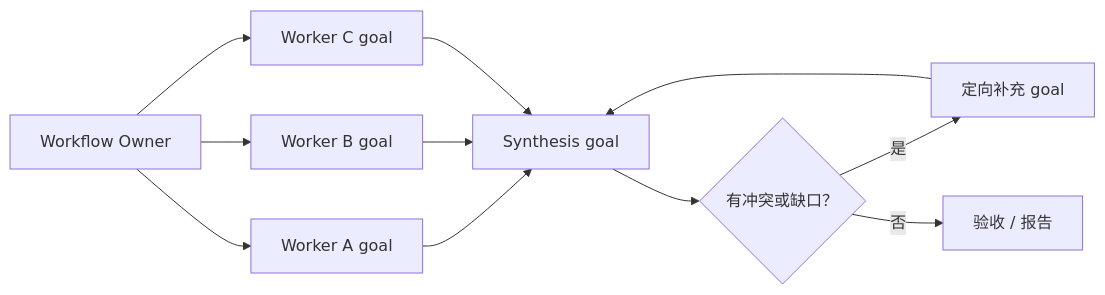
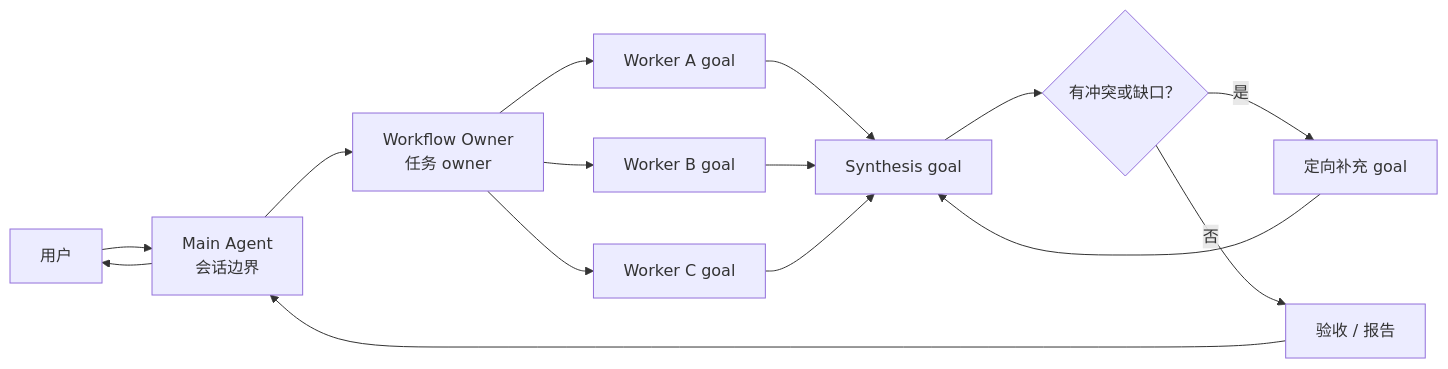
Before and after one commit to patrick-fu/parallel-goal-workflows: the second of 3 diagrams in README.zh-CN.md, drawn with Mermaid. The commit also changed other lines of this file and 1 other file, not shown here.

Commit message:
Complete workflow diagrams with user boundary
- Add User and Main Agent entry points to synthesis and nested-helper diagrams.

- Return synthesis and nested-helper report paths back through the Main Agent.

- Keep English and Chinese public README diagrams structurally aligned.

````diff
--- a/README.zh-CN.md
+++ b/README.zh-CN.md
@@ -100,13 +100,17 @@
 ```mermaid
 flowchart LR
-  Owner["Workflow Owner"] --> A["Worker A goal"]
+  User["用户"] --> Main["Main Agent<br/>会话边界"]
+  Main --> Owner["Workflow Owner<br/>任务 owner"]
+  Owner --> A["Worker A goal"]
   Owner --> B["Worker B goal"]
   Owner --> C["Worker C goal"]
   A --> S["Synthesis goal"]
   B --> S
   C --> S
   S --> Decision{"有冲突或缺口？"}
   Decision -- "是" --> Followup["定向补充 goal"]
   Followup --> S
   Decision -- "否" --> Acceptance["验收 / 报告"]
+  Acceptance --> Main
+  Main --> User
 ```
````
